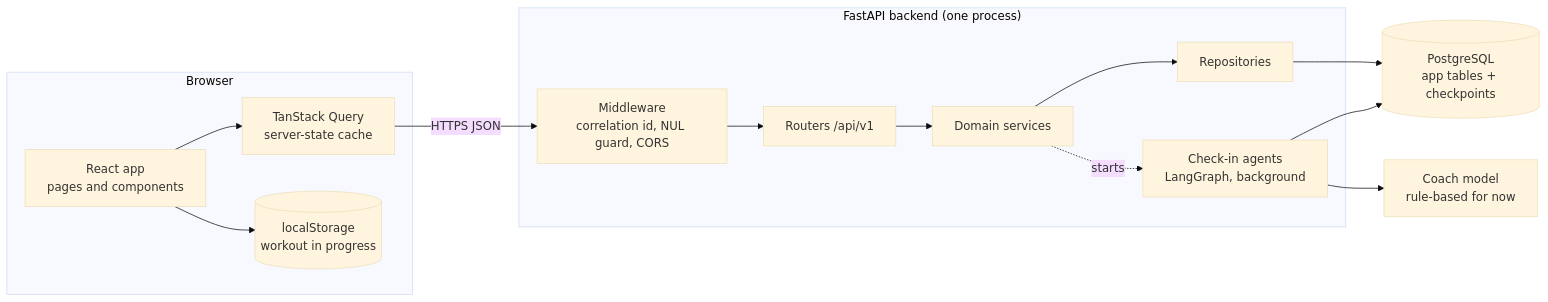
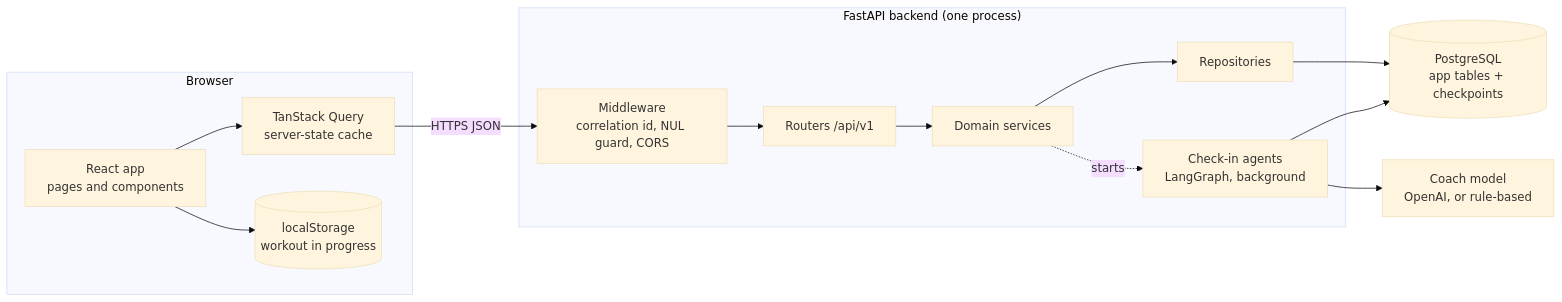
Before and after one commit to HProsperouS/MacroRep: the first of 2 diagrams in docs/architecture.md, drawn with Mermaid (base theme). The commit also changed 11 other files, not shown here.

````diff
--- a/docs/architecture.md
+++ b/docs/architecture.md
@@ -13,28 +13,28 @@
 ```mermaid
 flowchart LR
     subgraph Browser
         UI[React app<br/>pages and components]
         Q[TanStack Query<br/>server-state cache]
         LS[(localStorage<br/>workout in progress)]
         UI --> Q
         UI --> LS
     end
 
     subgraph Backend["FastAPI backend (one process)"]
         MW[Middleware<br/>correlation id, NUL guard, CORS]
         R[Routers /api/v1]
         S[Domain services]
         REPO[Repositories]
         AG[Check-in agents<br/>LangGraph, background]
         MW --> R --> S --> REPO
         S -. starts .-> AG
     end
 
     DB[(PostgreSQL<br/>app tables + checkpoints)]
-    M[Coach model<br/>rule-based for now]
+    M[Coach model<br/>OpenAI, or rule-based]
 
     Q -->|HTTPS JSON| MW
     REPO --> DB
     AG --> DB
     AG --> M
 ```
````
